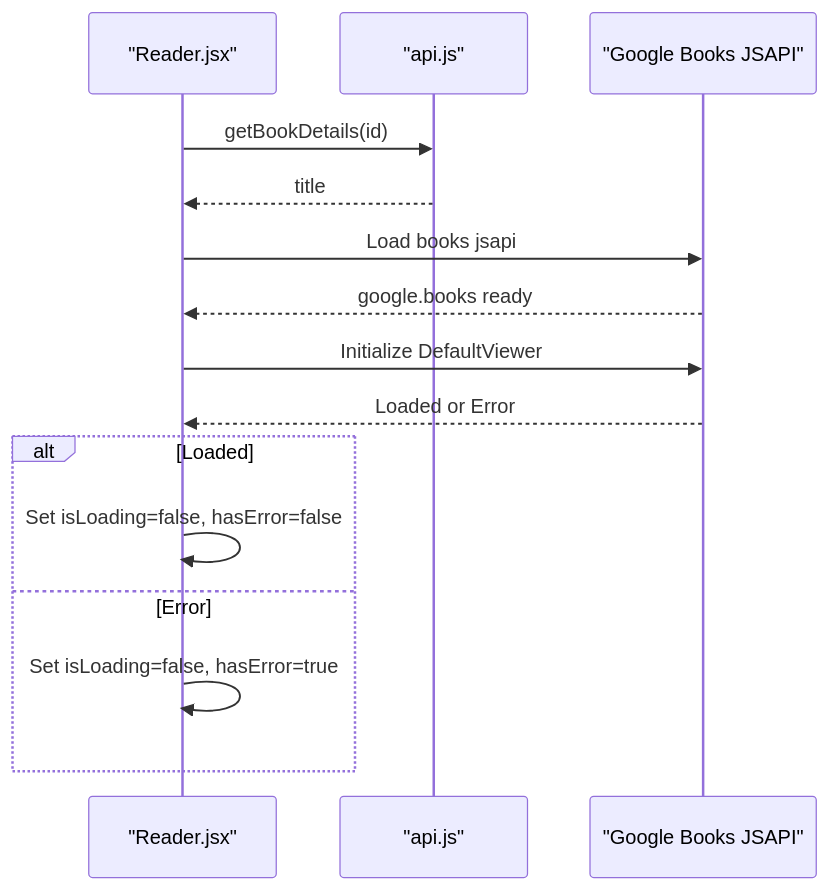
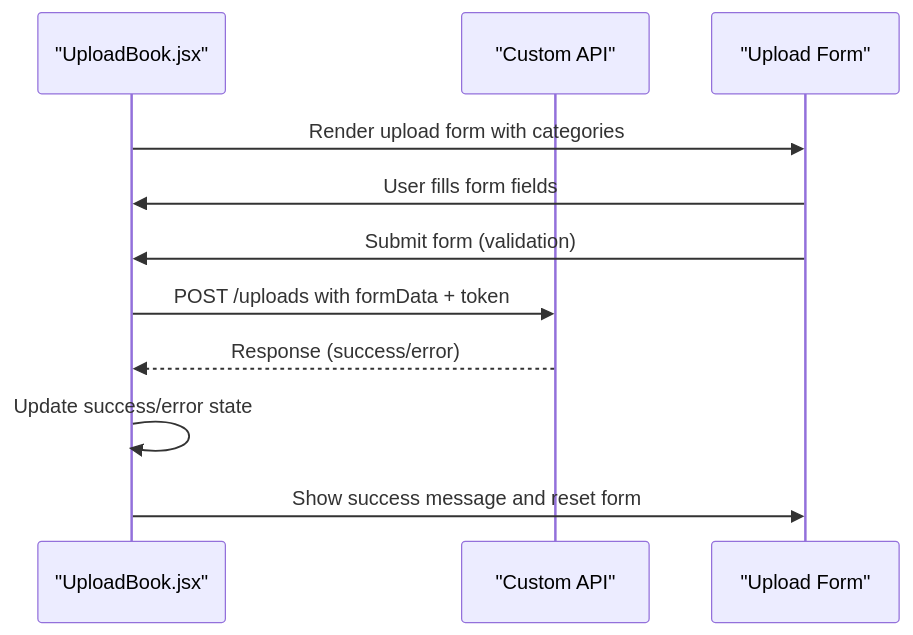
One commit to ganesh-NB/readsphere changed the eighth of 9 diagrams in .qoder/repowiki/en/content/Frontend Component Architecture/Frontend Component Architecture.md. Above: the diagram before and after it, drawn with Mermaid. The commit also changed other lines of this file and 46 other files, not shown here.

````diff
--- a/.qoder/repowiki/en/content/Frontend Component Architecture/Frontend Component Architecture.md
+++ b/.qoder/repowiki/en/content/Frontend Component Architecture/Frontend Component Architecture.md
@@ -377,17 +393,13 @@
 ```mermaid
 sequenceDiagram
-participant Reader as "Reader.jsx"
-participant API as "api.js"
-participant GB as "Google Books JSAPI"
-Reader->>API : getBookDetails(id)
-API-->>Reader : title
-Reader->>GB : Load books jsapi
-GB-->>Reader : google.books ready
-Reader->>GB : Initialize DefaultViewer
-GB-->>Reader : Loaded or Error
-alt Loaded
-Reader->>Reader : Set isLoading=false, hasError=false
-else Error
-Reader->>Reader : Set isLoading=false, hasError=true
-end
+participant Upload as "UploadBook.jsx"
+participant API as "Custom API"
+participant Form as "Upload Form"
+Upload->>Form : Render upload form with categories
+Form->>Upload : User fills form fields
+Form->>Upload : Submit form (validation)
+Upload->>API : POST /uploads with formData + token
+API-->>Upload : Response (success/error)
+Upload->>Upload : Update success/error state
+Upload->>Form : Show success message and reset form
 ```
````
